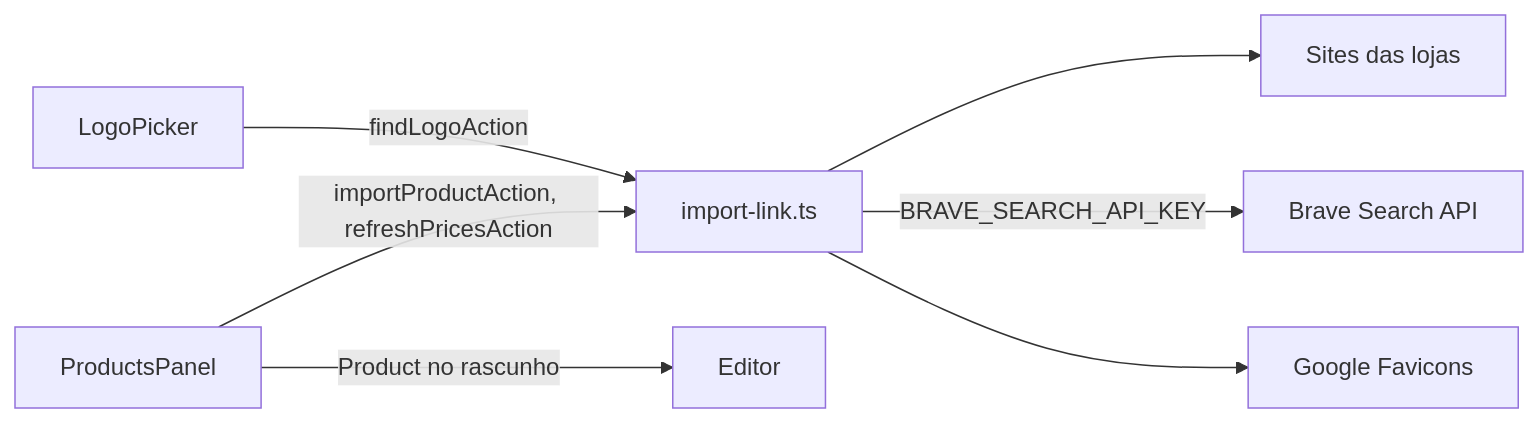
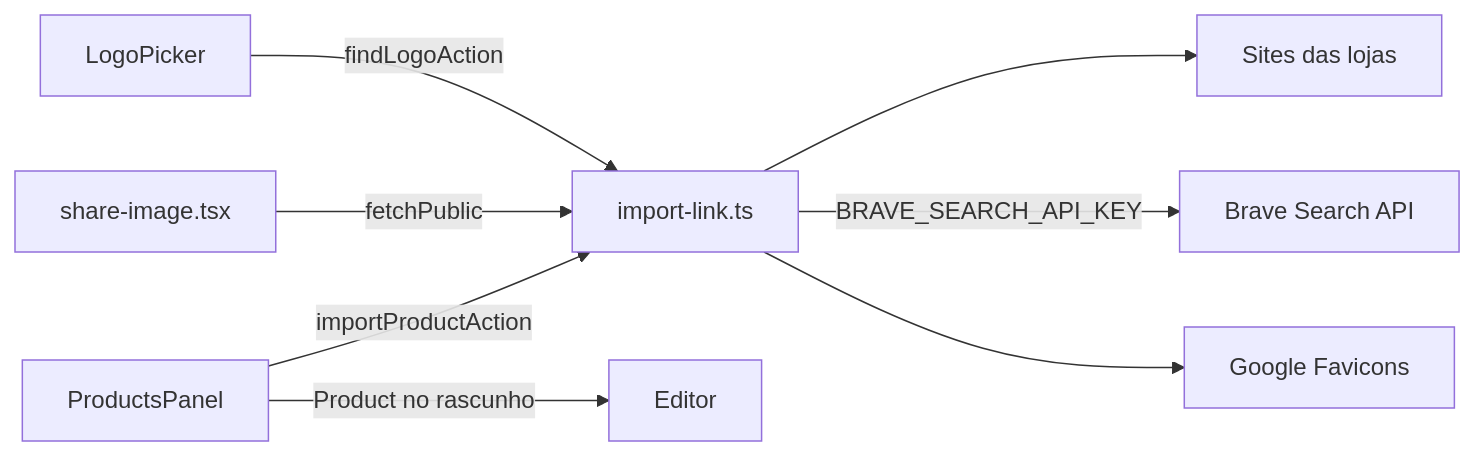
One commit to estevaons/myvitri changed the third of 3 diagrams in docs/apps/importacao.md. Above: the diagram before and after it, drawn with Mermaid. The commit also changed other lines of this file and 12 other files, not shown here.

````diff
--- a/docs/apps/importacao.md
+++ b/docs/apps/importacao.md
@@ -151,9 +133,10 @@
 ```mermaid
 graph LR
-    PP[ProductsPanel] -->|importProductAction, refreshPricesAction| IMP[import-link.ts]
+    PP[ProductsPanel] -->|importProductAction| IMP[import-link.ts]
+    SI[share-image.tsx] -->|fetchPublic| IMP
     LP[LogoPicker] -->|findLogoAction| IMP
     IMP --> LOJAS[Sites das lojas]
     IMP -->|BRAVE_SEARCH_API_KEY| BRAVE[Brave Search API]
     IMP --> GFAV[Google Favicons]
     PP -->|Product no rascunho| ED[Editor]
 ```
````
